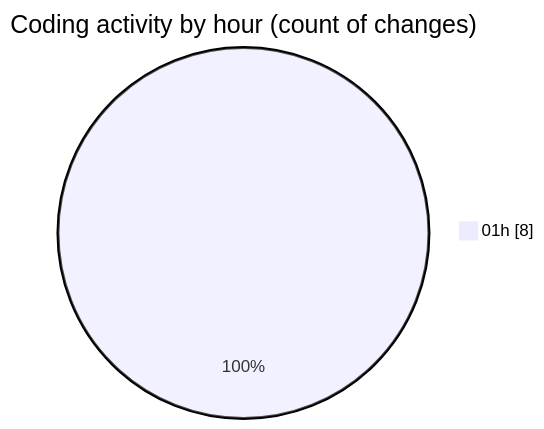
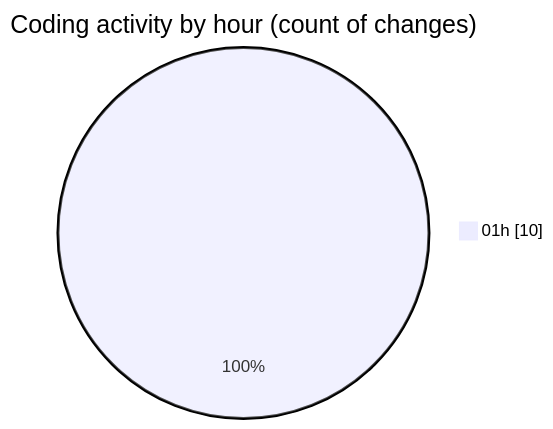
Before and after one commit to JenPaints/code-tracking: the second of 2 diagrams in 2025-06-20/3d-gsap-scroll-template-main/README.md, drawn with Mermaid. The commit also changed other lines of this file and 1 other file, not shown here.

````diff
--- a/2025-06-20/3d-gsap-scroll-template-main/README.md
+++ b/2025-06-20/3d-gsap-scroll-template-main/README.md
@@ -30,5 +30,5 @@
 ```mermaid
 pie showData
 title Coding activity by hour (count of changes)
-"01h" : 8
+"01h" : 10
 ```
````
